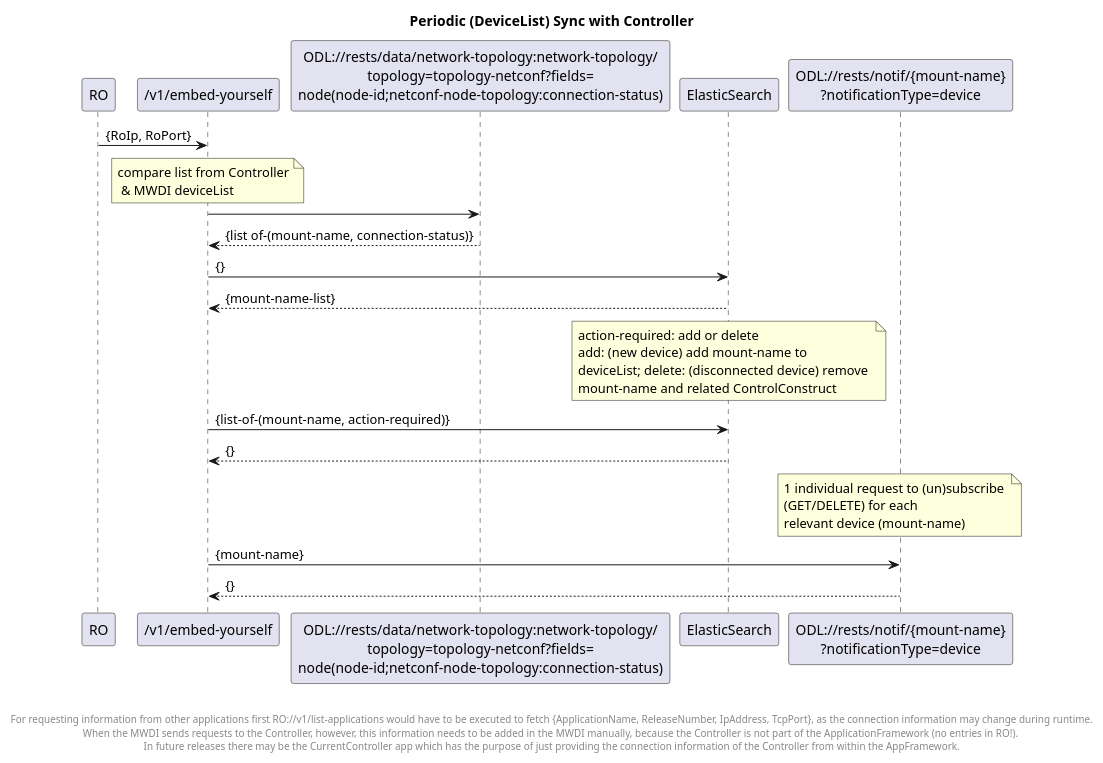
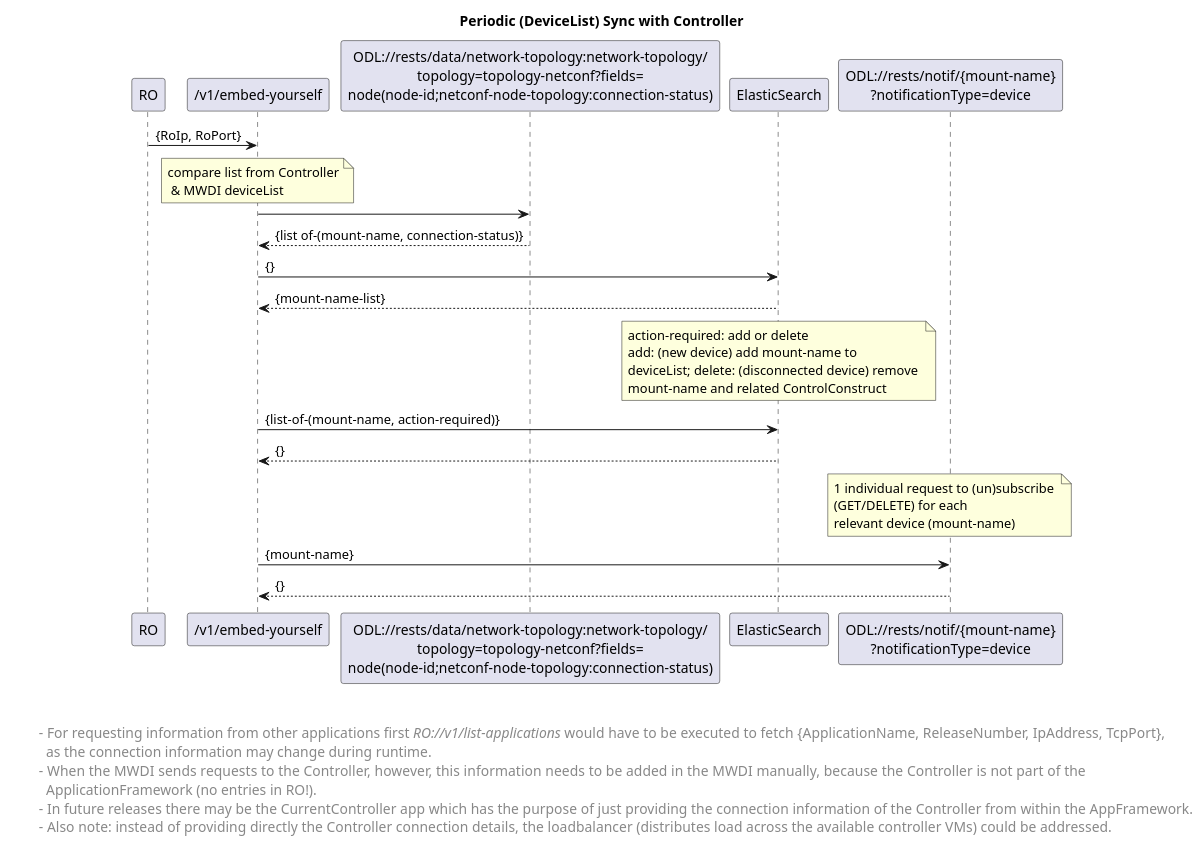
The diagram in spec/diagrams/00x_forwardingCyclicOperation.plantuml (openBackhaul/MicroWaveDeviceInventory), drawn with PlantUML before and after one commit. The commit also changed 1 other file, not shown here.

```diff
--- a/spec/diagrams/00x_forwardingCyclicOperation.plantuml
+++ b/spec/diagrams/00x_forwardingCyclicOperation.plantuml
@@ -1,34 +1,49 @@
 @startuml
 skinparam responseMessageBelowArrow true
 
 title  Periodic (DeviceList) Sync with Controller
 
 "RO" -> "/v1/embed-yourself": {RoIp, RoPort}
 
 note over "/v1/embed-yourself": compare list from Controller\n & MWDI deviceList
 
 "/v1/embed-yourself" -> "ODL://rests/data/network-topology:network-topology/\ntopology=topology-netconf?fields=\nnode(node-id;netconf-node-topology:connection-status)"
 "ODL://rests/data/network-topology:network-topology/\ntopology=topology-netconf?fields=\nnode(node-id;netconf-node-topology:connection-status)" --> "/v1/embed-yourself": {list of-(mount-name, connection-status)}
 
 "/v1/embed-yourself" -> "ElasticSearch": {}
 "ElasticSearch" --> "/v1/embed-yourself": {mount-name-list}
 
 
 
 note over "ElasticSearch": action-required: add or delete \nadd: (new device) add mount-name to \ndeviceList; delete: (disconnected device) remove \nmount-name and related ControlConstruct
 
 "/v1/embed-yourself" -> "ElasticSearch": {list-of-(mount-name, action-required)}
 "ElasticSearch" --> "/v1/embed-yourself": {}
 
 
 note over "ODL://rests/notif/{mount-name}\n?notificationType=device": 1 individual request to (un)subscribe \n(GET/DELETE) for each \nrelevant device (mount-name)
 
 "/v1/embed-yourself" -> "ODL://rests/notif/{mount-name}\n?notificationType=device": {mount-name}
 "ODL://rests/notif/{mount-name}\n?notificationType=device" --> "/v1/embed-yourself": {}
 
 
 
-left footer \n\n For requesting information from other applications first RO://v1/list-applications would have to be executed to fetch {ApplicationName, ReleaseNumber, IpAddress, TcpPort}, as the connection information may change during runtime. \nWhen the MWDI sends requests to the Controller, however, this information needs to be added in the MWDI manually, because the Controller is not part of the ApplicationFramework (no entries in RO!). \nIn future releases there may be the CurrentController app which has the purpose of just providing the connection information of the Controller from within the AppFramework.
+left footer 
 
 
+\t- For requesting information from other applications first <i>RO://v1/list-applications</i> would have to be executed to fetch {ApplicationName, ReleaseNumber, IpAddress, TcpPort}, 
+\t  as the connection information may change during runtime.
+\t-  When the MWDI sends requests to the Controller, however, this information needs to be added in the MWDI manually, because the Controller is not part of the 
+\t  ApplicationFramework (no entries in RO!). 
+\t-  In future releases there may be the CurrentController app which has the purpose of just providing the connection information of the Controller from within the AppFramework.
+\t-  Also note: instead of providing directly the Controller connection details, the loadbalancer (distributes load across the available controller VMs) could be addressed.
+end footer
+
+<style>
+footer {
+  HorizontalAlignment left
+  FontSize 14
+}
+</style>
+
 @enduml
```
